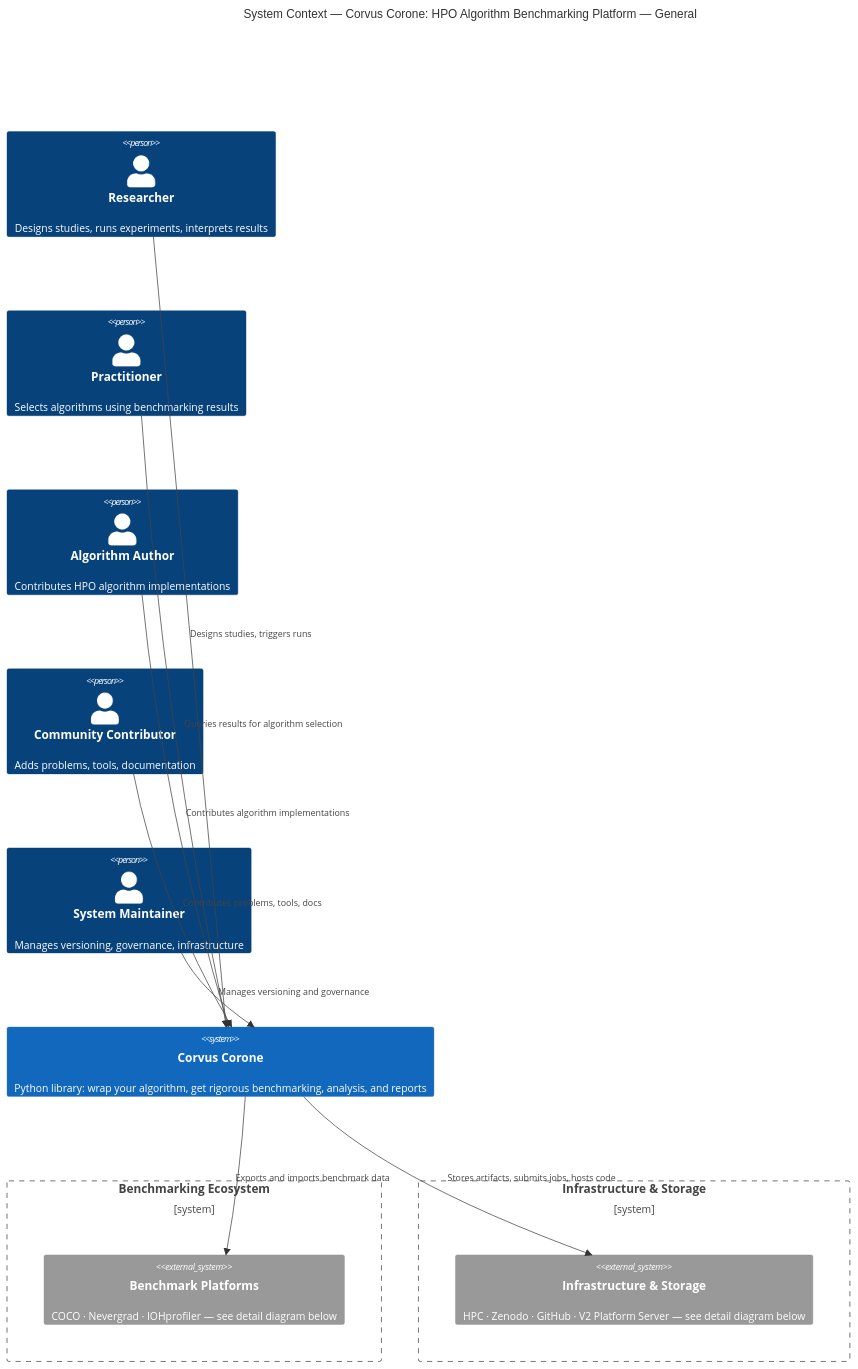
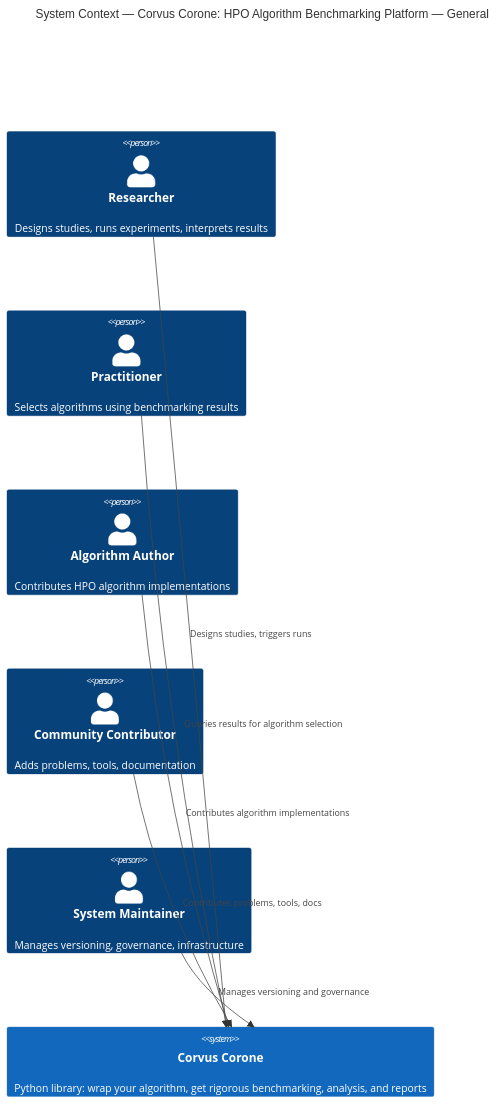
Before and after one commit to jedrzejpolaczek/aviarium.corvidae.corvus_corone: the second of 4 diagrams in docs/02_design/02_architecture/c1-context.md, drawn with Mermaid. The commit also changed other lines of this file, not shown here.

Commit message:
docs: update diagrams

````diff
--- a/docs/02_design/02_architecture/c1-context.md
+++ b/docs/02_design/02_architecture/c1-context.md
@@ -32,31 +55,20 @@
 ```mermaid
 C4Context
   title System Context — Corvus Corone: HPO Algorithm Benchmarking Platform — General 
   UpdateLayoutConfig($c4ShapeInRow="4", $c4BoundaryInRow="2")
 
   Person(researcher, "Researcher", "Designs studies, runs experiments, interprets results")
   Person(practitioner, "Practitioner", "Selects algorithms using benchmarking results")
   Person(alg_author, "Algorithm Author", "Contributes HPO algorithm implementations")
   Person(contributor, "Community Contributor", "Adds problems, tools, documentation")
   Person(maintainer, "System Maintainer", "Manages versioning, governance, infrastructure")
 
   System(system, "Corvus Corone", "Python library: wrap your algorithm, get rigorous benchmarking, analysis, and reports")
 
-  Boundary(b_ecosystem, "Benchmarking Ecosystem") {
-    System_Ext(benchmarking_ecosystem, "Benchmark Platforms", "COCO · Nevergrad · IOHprofiler — see detail diagram below")
-  }
-
-  Boundary(b_infra, "Infrastructure & Storage") {
-    System_Ext(infrastructure_storage, "Infrastructure & Storage", "HPC · Zenodo · GitHub · V2 Platform Server — see detail diagram below")
-  }
-
   Rel(researcher, system, "Designs studies, triggers runs")
   Rel(practitioner, system, "Queries results for algorithm selection")
   Rel(alg_author, system, "Contributes algorithm implementations")
   Rel(contributor, system, "Contributes problems, tools, docs")
   Rel(maintainer, system, "Manages versioning and governance")
 
-  Rel(system, benchmarking_ecosystem, "Exports and imports benchmark data")
-  Rel(system, infrastructure_storage, "Stores artifacts, submits jobs, hosts code")
-
 ```
````
